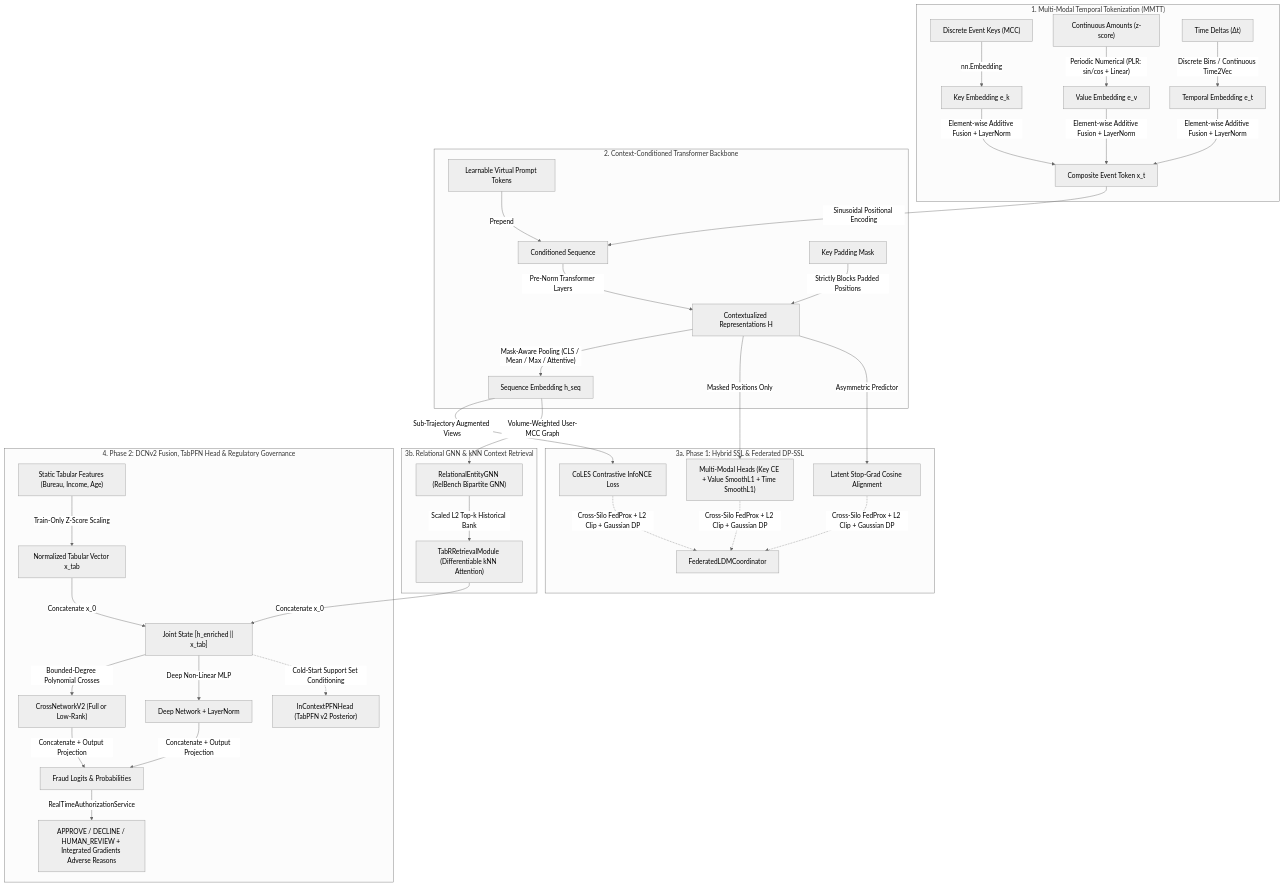
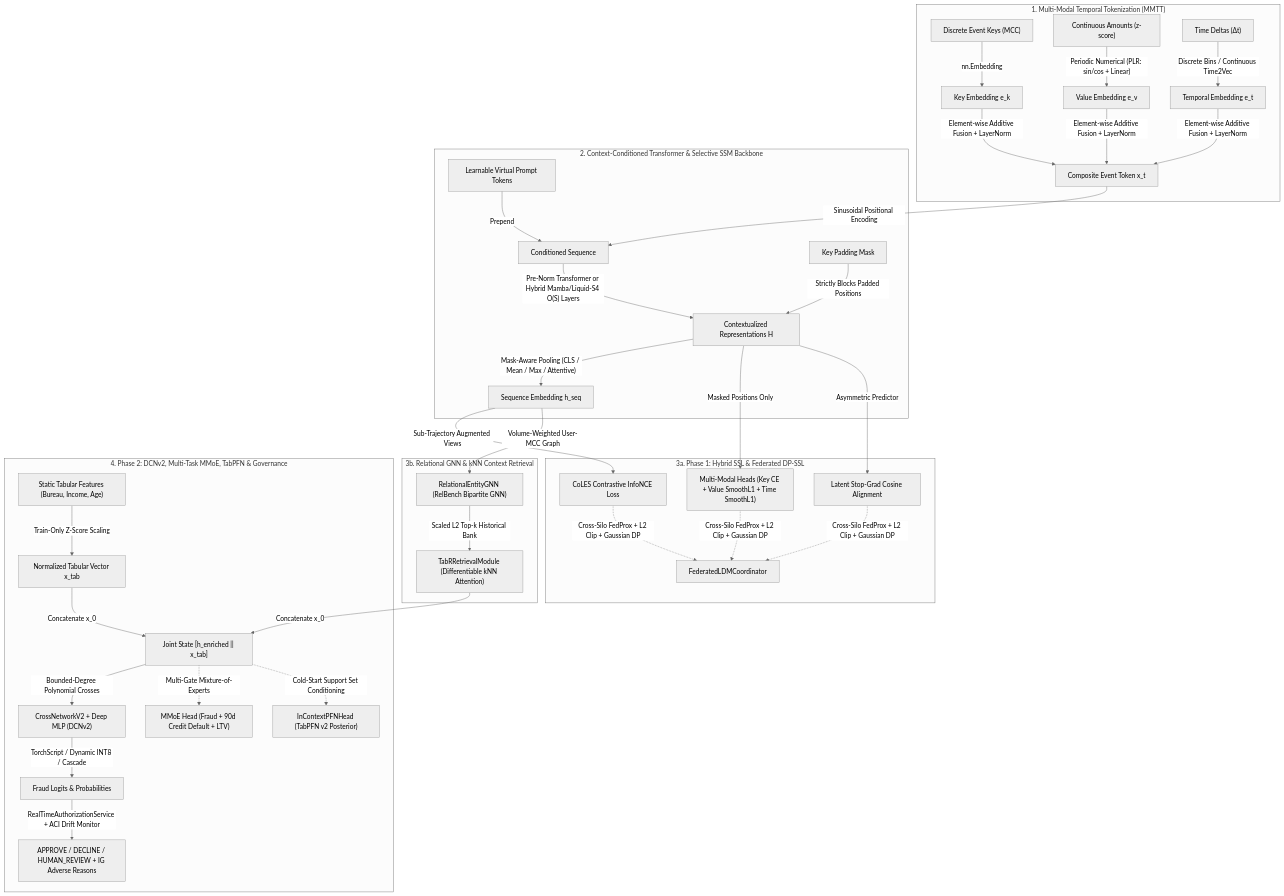
Before and after one commit to vfcarida/Large-Data-Models-LDMs-: the diagram in README.md, drawn with Mermaid (neutral theme). The commit also changed other lines of this file and 18 other files, not shown here.

First line of the commit message:
feat: implement Selective SSM backbone, Multi-Task MMoE, ACI drift monitor, and INT8 cascade router (v0.5.0)

````diff
--- a/README.md
+++ b/README.md
@@ -31,39 +31,39 @@
 ```mermaid
 graph TD
     subgraph Modality1 ["1. Multi-Modal Temporal Tokenization (MMTT)"]
         A1["Discrete Event Keys (MCC)"] -->|"nn.Embedding"| B1["Key Embedding e_k"]
         A2["Continuous Amounts (z-score)"] -->|"Periodic Numerical (PLR: sin/cos + Linear)"| B2["Value Embedding e_v"]
         A3["Time Deltas (Δt)"] -->|"Discrete Bins / Continuous Time2Vec"| B3["Temporal Embedding e_t"]
         B1 & B2 & B3 -->|"Element-wise Additive Fusion + LayerNorm"| C["Composite Event Token x_t"]
     end
 
-    subgraph Backbone ["2. Context-Conditioned Transformer Backbone"]
+    subgraph Backbone ["2. Context-Conditioned Transformer & Selective SSM Backbone"]
         V["Learnable Virtual Prompt Tokens"] -->|"Prepend"| D["Conditioned Sequence"]
         C -->|"Sinusoidal Positional Encoding"| D
-        D -->|"Pre-Norm Transformer Layers"| E["Contextualized Representations H"]
+        D -->|"Pre-Norm Transformer or Hybrid Mamba/Liquid-S4 O(S) Layers"| E["Contextualized Representations H"]
         M["Key Padding Mask"] -->|"Strictly Blocks Padded Positions"| E
         E -->|"Mask-Aware Pooling (CLS / Mean / Max / Attentive)"| F["Sequence Embedding h_seq"]
     end
 
     subgraph SSL ["3a. Phase 1: Hybrid SSL & Federated DP-SSL"]
         E -->|"Masked Positions Only"| S1["Multi-Modal Heads (Key CE + Value SmoothL1 + Time SmoothL1)"]
         E -->|"Asymmetric Predictor"| S2["Latent Stop-Grad Cosine Alignment"]
         F -->|"Sub-Trajectory Augmented Views"| S3["CoLES Contrastive InfoNCE Loss"]
         S1 & S2 & S3 -.->|"Cross-Silo FedProx + L2 Clip + Gaussian DP"| FED["FederatedLDMCoordinator"]
     end
 
     subgraph RelationalRetrieval ["3b. Relational GNN & kNN Context Retrieval"]
         F -->|"Volume-Weighted User-MCC Graph"| GNN["RelationalEntityGNN (RelBench Bipartite GNN)"]
         GNN -->|"Scaled L2 Top-k Historical Bank"| TABR["TabRRetrievalModule (Differentiable kNN Attention)"]
     end
 
-    subgraph Fusion ["4. Phase 2: DCNv2 Fusion, TabPFN Head & Regulatory Governance"]
+    subgraph Fusion ["4. Phase 2: DCNv2, Multi-Task MMoE, TabPFN & Governance"]
         T["Static Tabular Features (Bureau, Income, Age)"] -->|"Train-Only Z-Score Scaling"| G["Normalized Tabular Vector x_tab"]
         TABR & G -->|"Concatenate x_0"| H["Joint State [h_enriched || x_tab]"]
-        H -->|"Bounded-Degree Polynomial Crosses"| I["CrossNetworkV2 (Full or Low-Rank)"]
-        H -->|"Deep Non-Linear MLP"| J["Deep Network + LayerNorm"]
+        H -->|"Bounded-Degree Polynomial Crosses"| I["CrossNetworkV2 + Deep MLP (DCNv2)"]
+        H -.->|"Multi-Gate Mixture-of-Experts"| MMOE["MMoE Head (Fraud + 90d Credit Default + LTV)"]
         H -.->|"Cold-Start Support Set Conditioning"| PFN["InContextPFNHead (TabPFN v2 Posterior)"]
-        I & J -->|"Concatenate + Output Projection"| K["Fraud Logits & Probabilities"]
-        K -->|"RealTimeAuthorizationService"| L["APPROVE / DECLINE / HUMAN_REVIEW + Integrated Gradients Adverse Reasons"]
+        I -->|"TorchScript / Dynamic INT8 / Cascade"| K["Fraud Logits & Probabilities"]
+        K -->|"RealTimeAuthorizationService + ACI Drift Monitor"| L["APPROVE / DECLINE / HUMAN_REVIEW + IG Adverse Reasons"]
     end
 ```
````
